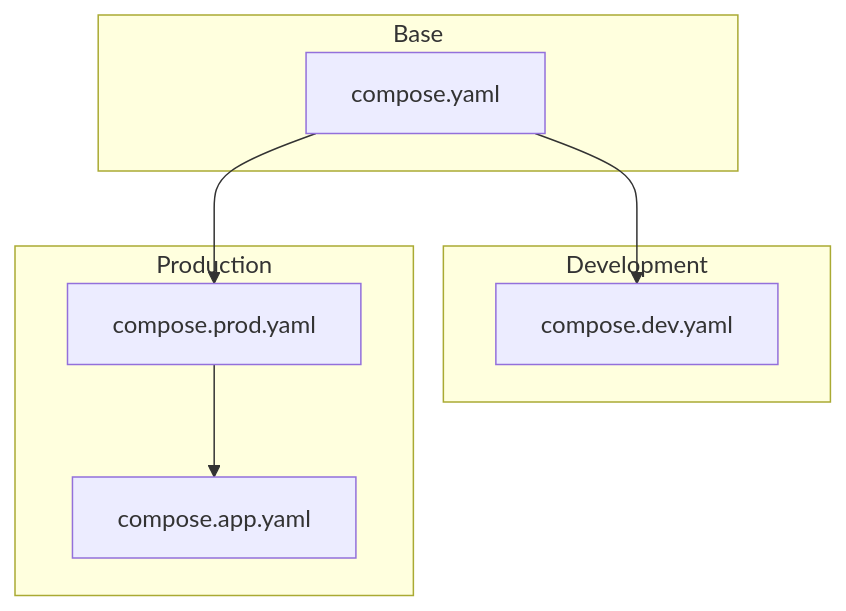
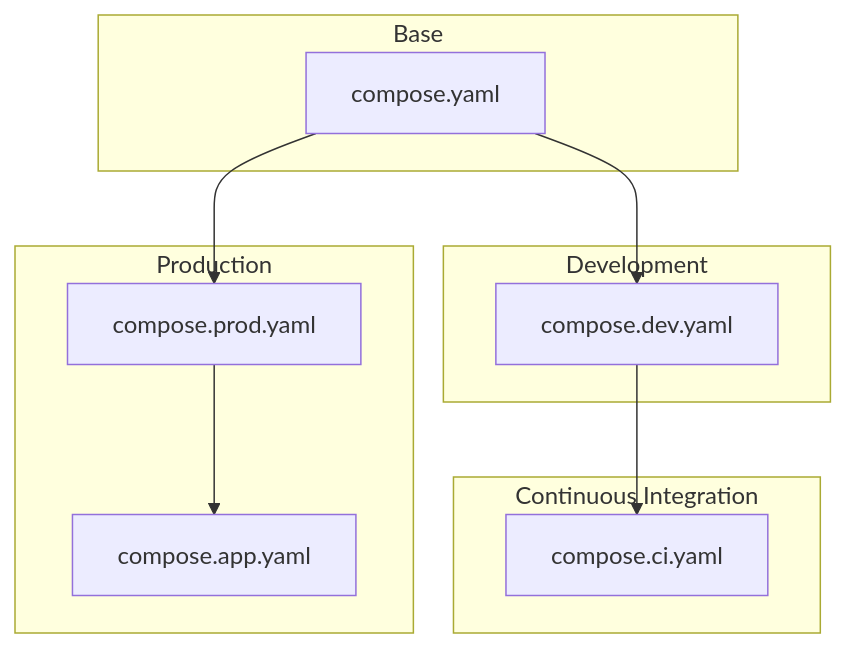
The second of 2 diagrams in README.md (BastiDood/drap), drawn with Mermaid before and after one commit. The commit also changed other lines of this file and 1 other file, not shown here.

````diff
--- a/README.md
+++ b/README.md
@@ -142,18 +142,22 @@
 ```mermaid
 flowchart TD
     subgraph Base
         base[compose.yaml]
     end
 
     subgraph Development
         dev[compose.dev.yaml]
     end
 
+    subgraph Continuous Integration
+        ci[compose.ci.yaml]
+    end
+
     subgraph Production
         prod[compose.prod.yaml]
         app[compose.app.yaml]
     end
 
-    base --> dev
+    base --> dev --> ci
     base --> prod --> app
 ```
````
